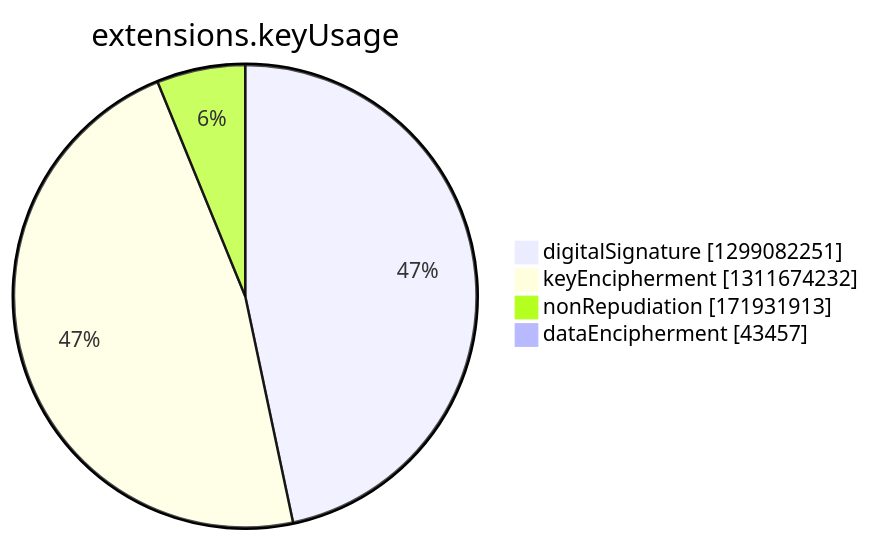
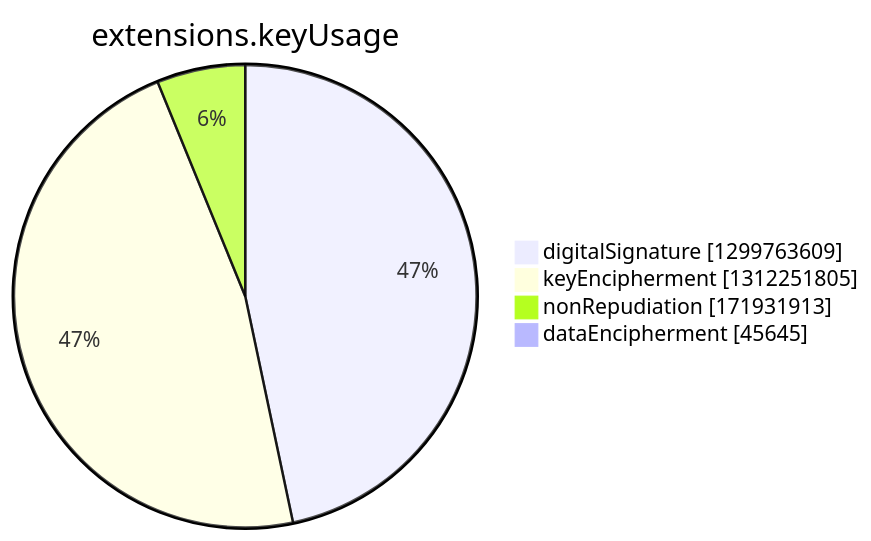
Before and after one commit to christiankrug/ctmonitor_visualization: the seventh of 15 diagrams in argon2022/README.md, drawn with Mermaid. The commit also changed other lines of this file, not shown here.

````diff
--- a/argon2022/README.md
+++ b/argon2022/README.md
@@ -2749,8 +2749,8 @@
 ```mermaid
 pie showData
 title extensions.keyUsage
-"digitalSignature" :1299082251
-"keyEncipherment" :1311674232
+"digitalSignature" :1299763609
+"keyEncipherment" :1312251805
 "nonRepudiation" :171931913
-"dataEncipherment" :43457
+"dataEncipherment" :45645
 ```
````
